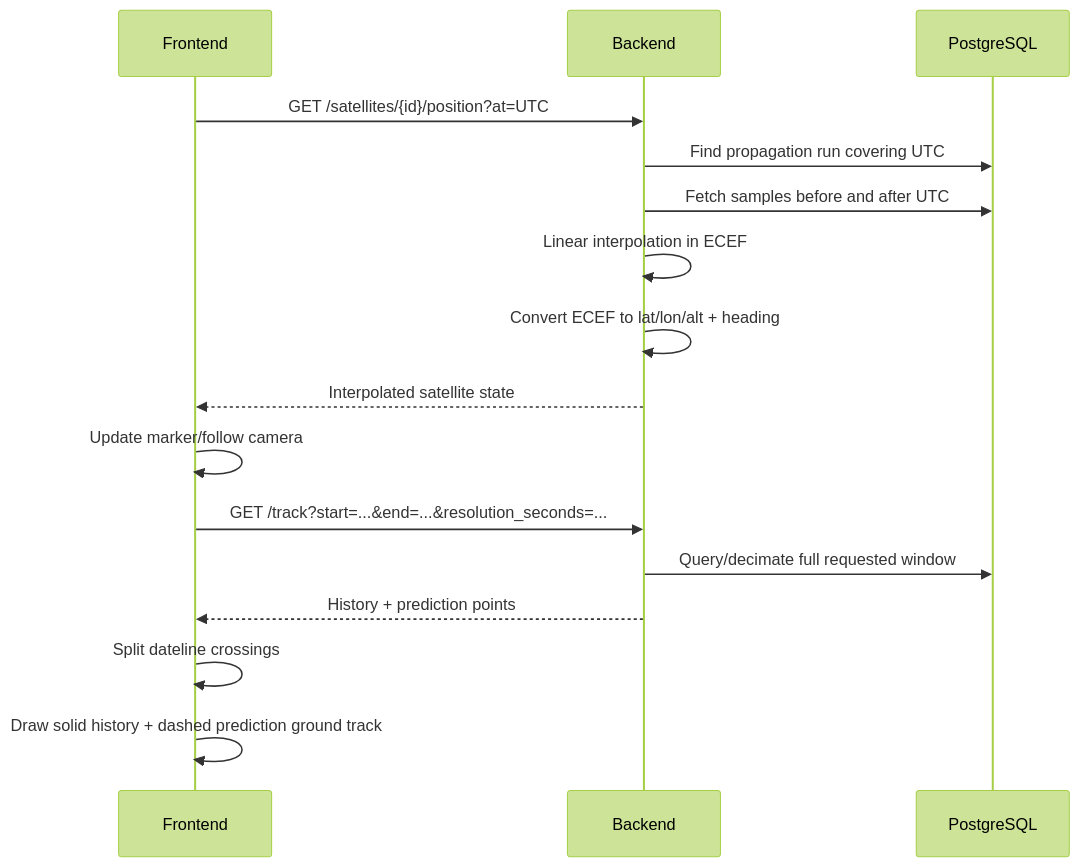
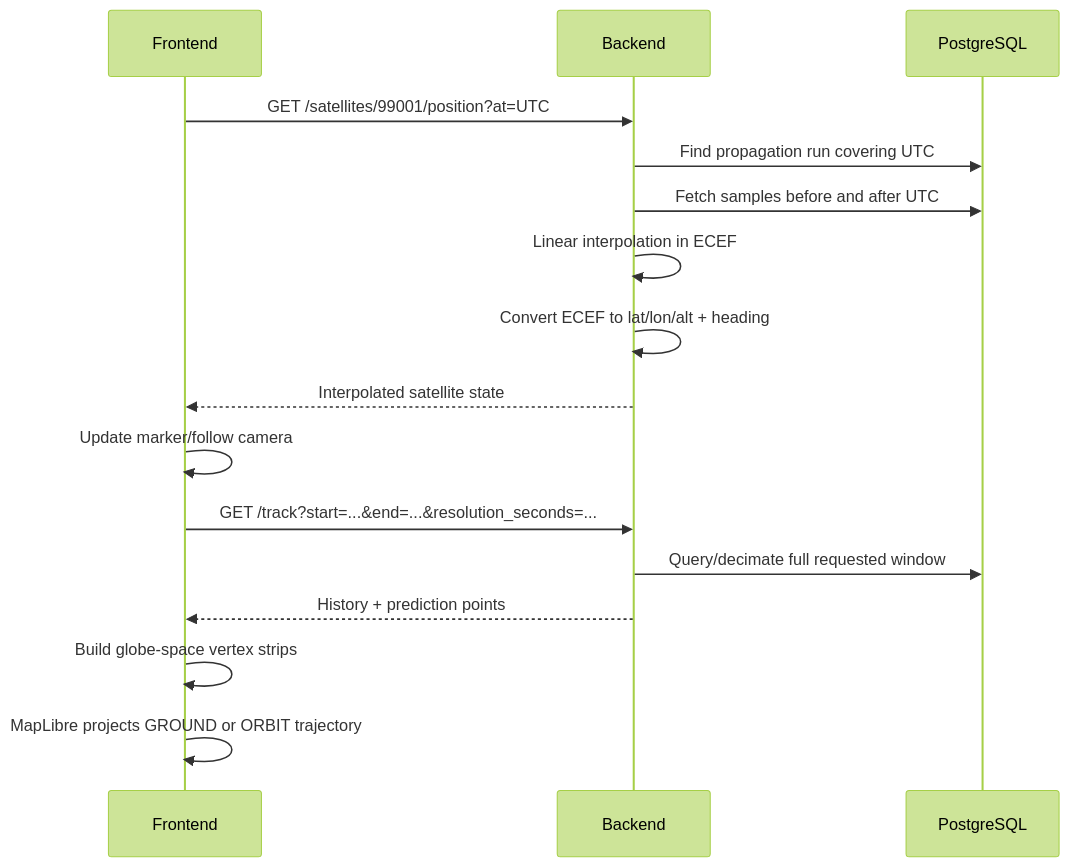
Before and after one commit to ExoSpaceLabs/world-sat-monitor: the third of 6 diagrams in docs/architecture.md, drawn with Mermaid (forest theme). The commit also changed other lines of this file, not shown here.

Commit message:
docs(world-sat-monitor): document globe-space orbit rendering

````diff
--- a/docs/architecture.md
+++ b/docs/architecture.md
@@ -51,18 +51,18 @@
 ```mermaid
 sequenceDiagram
     participant UI as Frontend
     participant API as Backend
     participant DB as PostgreSQL
-    UI->>API: GET /satellites/{id}/position?at=UTC
+    UI->>API: GET /satellites/99001/position?at=UTC
     API->>DB: Find propagation run covering UTC
     API->>DB: Fetch samples before and after UTC
     API->>API: Linear interpolation in ECEF
     API->>API: Convert ECEF to lat/lon/alt + heading
     API-->>UI: Interpolated satellite state
     UI->>UI: Update marker/follow camera
     UI->>API: GET /track?start=...&end=...&resolution_seconds=...
     API->>DB: Query/decimate full requested window
     API-->>UI: History + prediction points
-    UI->>UI: Split dateline crossings
-    UI->>UI: Draw solid history + dashed prediction ground track
+    UI->>UI: Build globe-space vertex strips
+    UI->>UI: MapLibre projects GROUND or ORBIT trajectory
 ```
````
